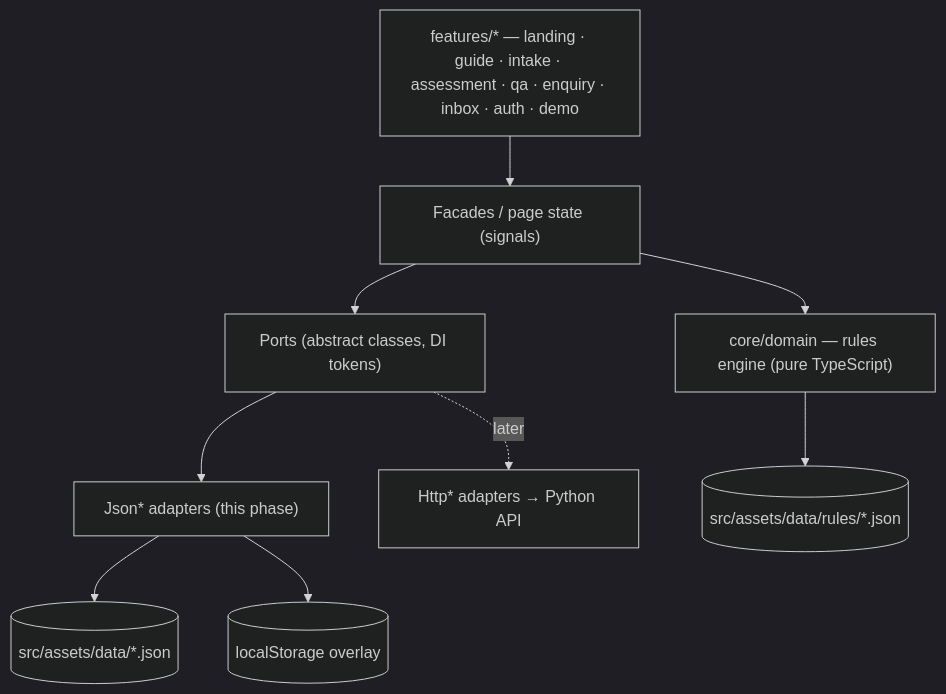
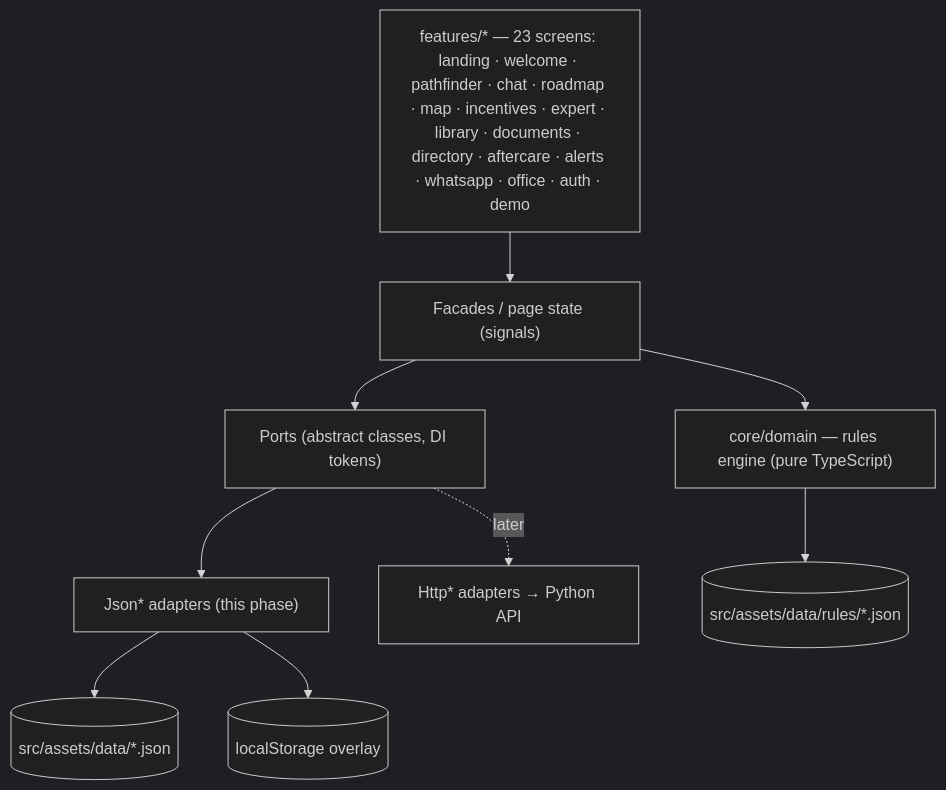
Before and after one commit to gustavojofelix/Invest-Moz: the diagram in README.md, drawn with Mermaid (dark theme). The commit also changed other lines of this file and 309 other files, not shown here.

````diff
--- a/README.md
+++ b/README.md
@@ -128,11 +138,11 @@
 ```mermaid
 flowchart TB
-  UI["features/* — landing · guide · intake · assessment · qa · enquiry · inbox · auth · demo"] --> F["Facades / page state (signals)"]
+  UI["features/* — 23 screens: landing · welcome · pathfinder · chat · roadmap · map · incentives · expert · library · documents · directory · aftercare · alerts · whatsapp · office · auth · demo"] --> F["Facades / page state (signals)"]
   F --> P["Ports (abstract classes, DI tokens)"]
   P --> J["Json* adapters (this phase)"]
   P -. later .-> H["Http* adapters → Python API"]
   J --> DATA[("src/assets/data/*.json")]
   J --> LS[("localStorage overlay")]
   F --> RE["core/domain — rules engine (pure TypeScript)"]
   RE --> RT[("src/assets/data/rules/*.json")]
 ```
````
